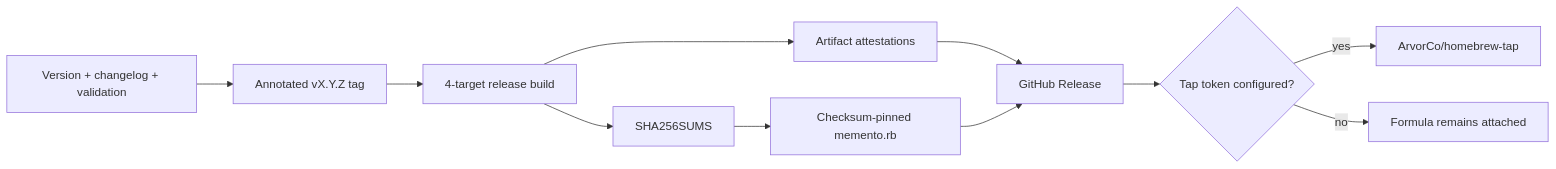
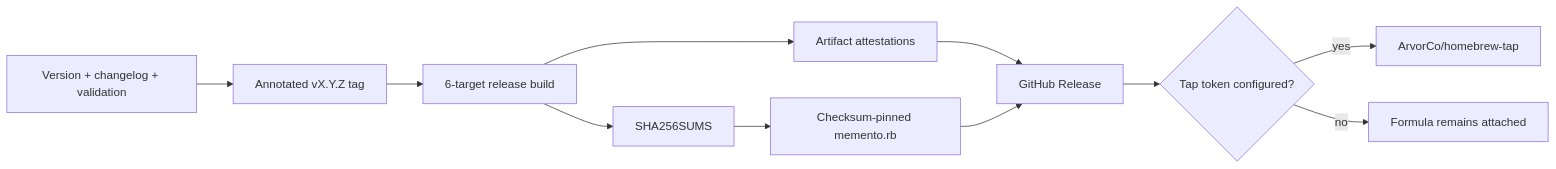
One commit to ArvorCo/memento changed the diagram in docs/RELEASING.md. Above: the diagram before and after it, drawn with Mermaid. The commit also changed other lines of this file and 49 other files, not shown here.

````diff
--- a/docs/RELEASING.md
+++ b/docs/RELEASING.md
@@ -14,16 +14,16 @@
 ```mermaid
 flowchart LR
     accTitle: Memento release pipeline
-    accDescr: Maintainers validate code, docs, benchmarks, and version metadata; push an annotated semantic-version tag; GitHub Actions builds four platform archives, attests them, creates checksums and a Homebrew formula, publishes the GitHub release, and optionally updates the tap.
+    accDescr: Maintainers validate code, docs, benchmarks, and version metadata; push an annotated semantic-version tag; GitHub Actions builds six platform archives, attests them, creates checksums and a Homebrew formula, publishes the GitHub release, and optionally updates the tap.
 
     prep["Version + changelog + validation"] --> tag["Annotated vX.Y.Z tag"]
-    tag --> matrix["4-target release build"]
+    tag --> matrix["6-target release build"]
     matrix --> attest["Artifact attestations"]
     matrix --> sums["SHA256SUMS"]
     sums --> formula["Checksum-pinned memento.rb"]
     attest --> release["GitHub Release"]
     formula --> release
     release --> tap{"Tap token configured?"}
     tap -->|yes| publish["ArvorCo/homebrew-tap"]
     tap -->|no| attached["Formula remains attached"]
 ```
````
